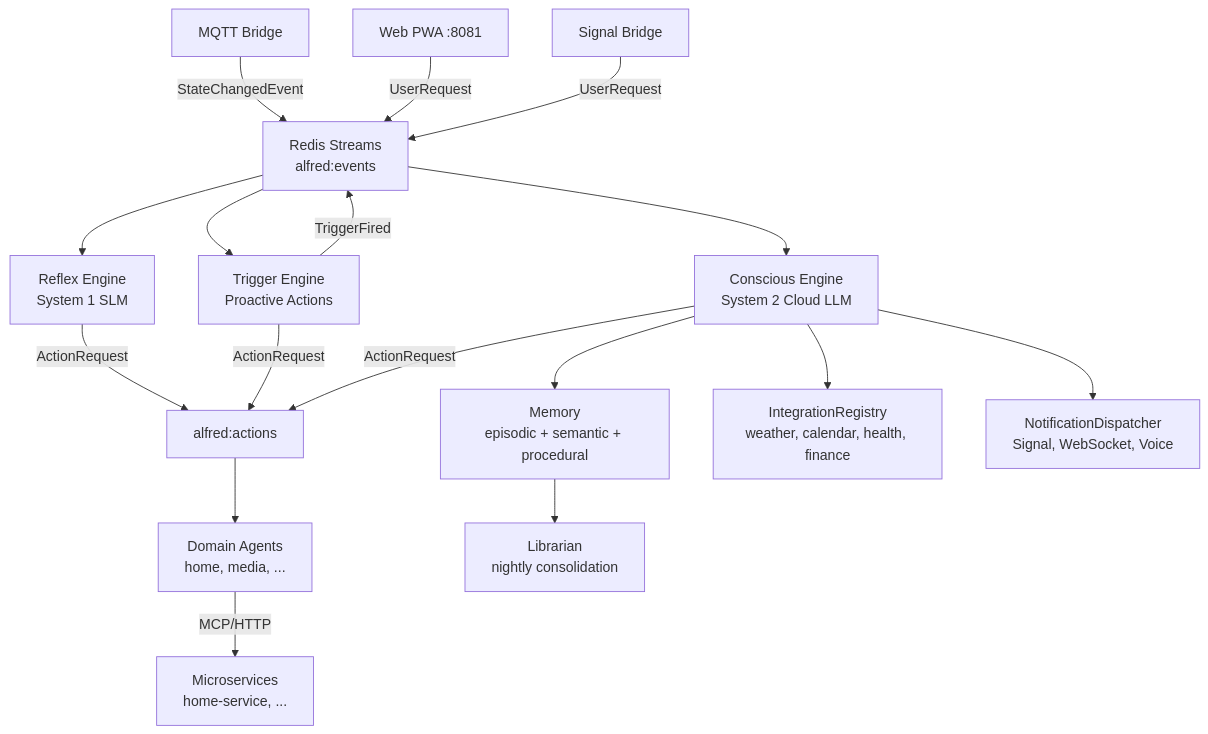
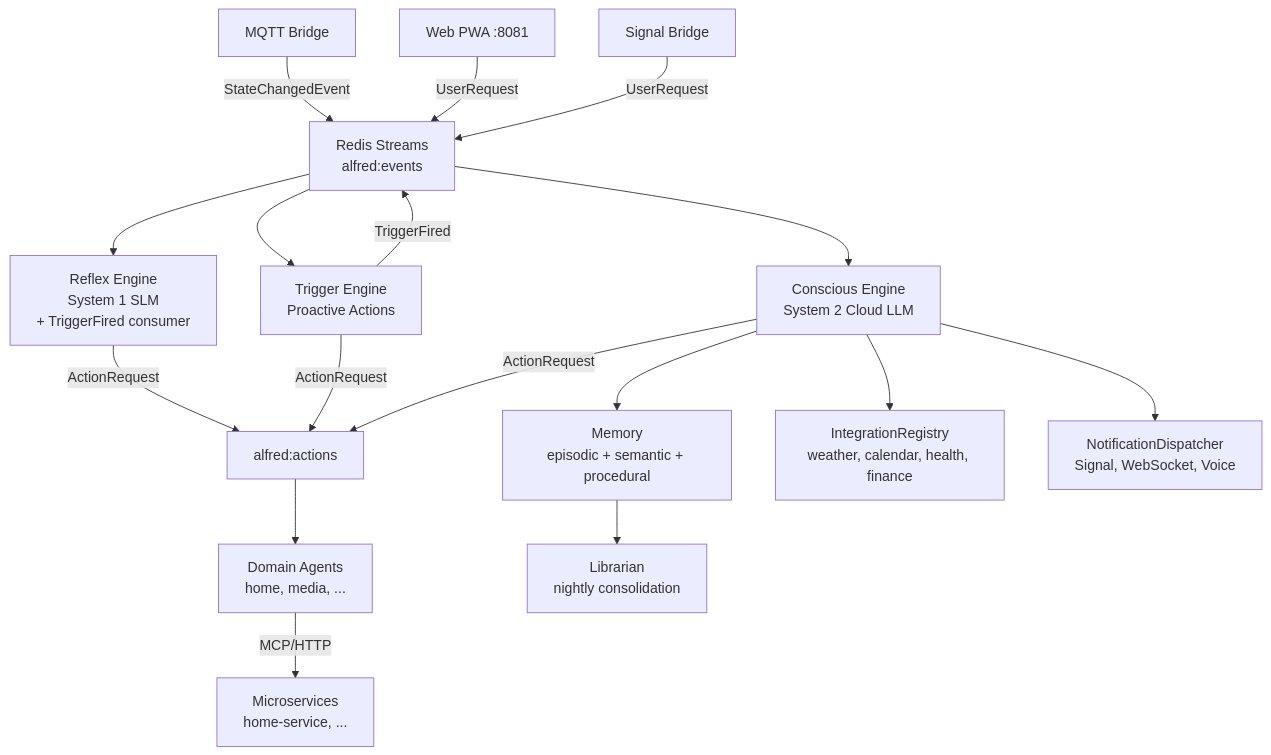
Before and after one commit to anirudhlath/alfred: the diagram in CLAUDE.md, drawn with Mermaid. The commit also changed other lines of this file and 1 other file, not shown here.

Commit message:
docs: update CLAUDE.md with D22 TriggerFired consumer context

````diff
--- a/CLAUDE.md
+++ b/CLAUDE.md
@@ -105,19 +105,19 @@
 ```mermaid
 graph TD
     MQTT[MQTT Bridge] -->|StateChangedEvent| Bus[Redis Streams<br/>alfred:events]
-    Bus --> Reflex[Reflex Engine<br/>System 1 SLM]
+    Bus --> Reflex[Reflex Engine<br/>System 1 SLM<br/>+ TriggerFired consumer]
     Bus --> Triggers[Trigger Engine<br/>Proactive Actions]
     Bus --> Conscious[Conscious Engine<br/>System 2 Cloud LLM]
     Reflex -->|ActionRequest| Actions[alfred:actions]
     Triggers -->|ActionRequest| Actions
     Triggers -->|TriggerFired| Bus
     Conscious -->|ActionRequest| Actions
     Actions --> Agents[Domain Agents<br/>home, media, ...]
     Agents -->|MCP/HTTP| Services[Microservices<br/>home-service, ...]
     Conscious --> Memory[Memory<br/>episodic + semantic + procedural]
     Conscious --> Integrations[IntegrationRegistry<br/>weather, calendar, health, finance]
     Conscious --> Notify[NotificationDispatcher<br/>Signal, WebSocket, Voice]
     Memory --> Librarian[Librarian<br/>nightly consolidation]
     WebChannel[Web PWA :8081] -->|UserRequest| Bus
     Signal[Signal Bridge] -->|UserRequest| Bus
 ```
````
